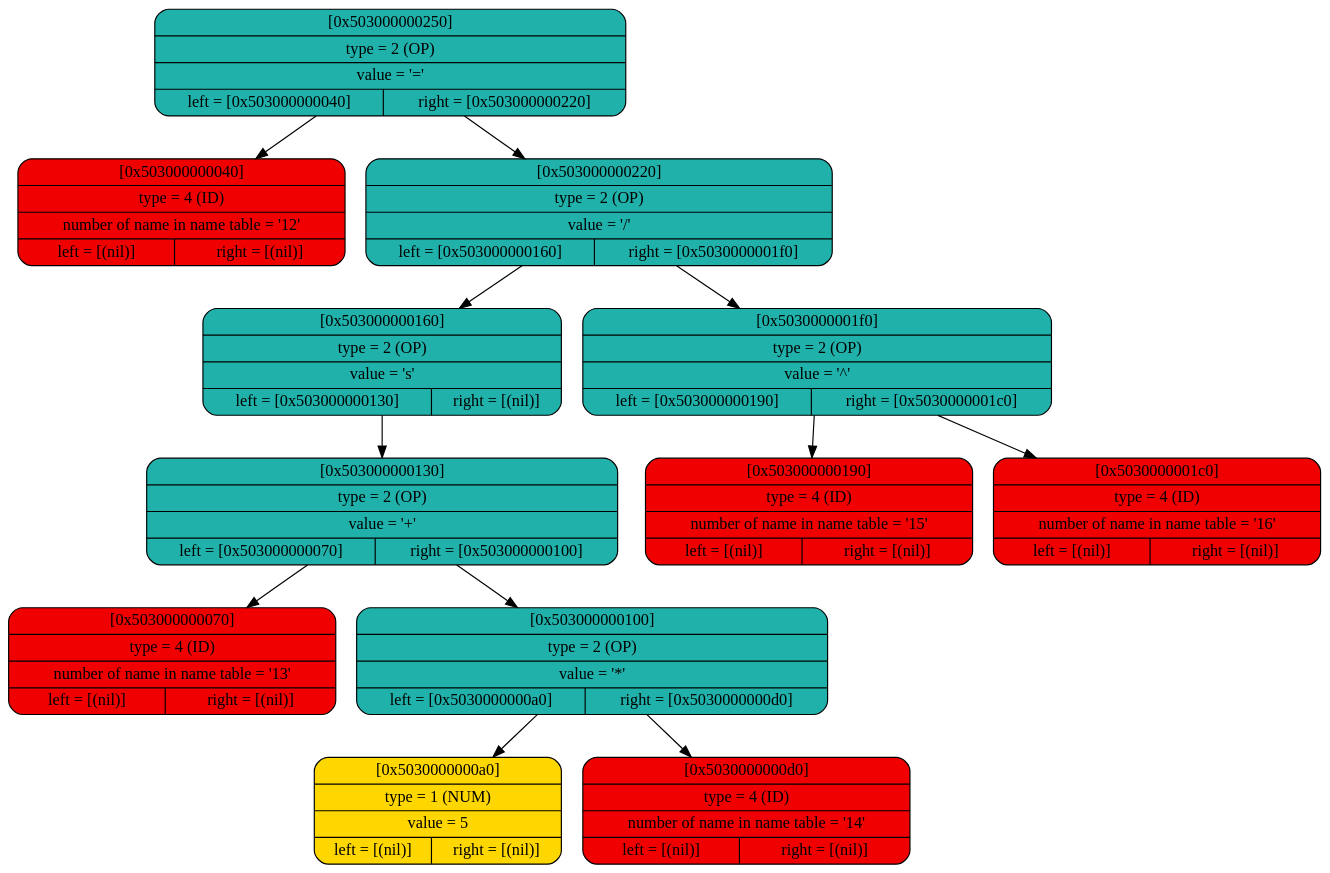
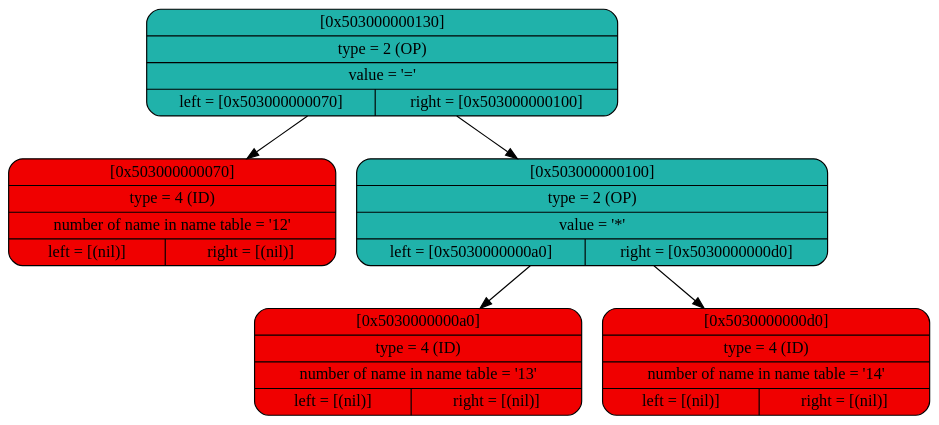
The diagram in build/graph_tree.dot (daniilgriga/MyProgrammingLanguage), drawn with Graphviz before and after one commit. The commit also changed 5 other files, not shown here.

```diff
--- a/build/graph_tree.dot
+++ b/build/graph_tree.dot
@@ -1,28 +1,14 @@
 digraph
 {
 bgcolor="transparent"
-node0x503000000250 [shape=Mrecord; label = " { [0x503000000250] | type = 2 (OP)   | value = '=' | { left = [0x503000000040] | right = [0x503000000220] } }"; style = filled; fillcolor = "#20B2AA"];
-node0x503000000250 -> node0x503000000040;
-node0x503000000250 -> node0x503000000220;
-node0x503000000040 [shape=Mrecord; label = " { [0x503000000040] | type = 4 (ID)   | number of name in name table = '12' | { left = [(nil)] | right = [(nil)] } }"; style = filled; fillcolor = "#F00000"];
-node0x503000000220 [shape=Mrecord; label = " { [0x503000000220] | type = 2 (OP)   | value = '/' | { left = [0x503000000160] | right = [0x5030000001f0] } }"; style = filled; fillcolor = "#20B2AA"];
-node0x503000000220 -> node0x503000000160;
-node0x503000000220 -> node0x5030000001f0;
-node0x503000000160 [shape=Mrecord; label = " { [0x503000000160] | type = 2 (OP)   | value = 's' | { left = [0x503000000130] | right = [(nil)] } }"; style = filled; fillcolor = "#20B2AA"];
-node0x503000000160 -> node0x503000000130;
-node0x503000000130 [shape=Mrecord; label = " { [0x503000000130] | type = 2 (OP)   | value = '+' | { left = [0x503000000070] | right = [0x503000000100] } }"; style = filled; fillcolor = "#20B2AA"];
+node0x503000000130 [shape=Mrecord; label = " { [0x503000000130] | type = 2 (OP)   | value = '=' | { left = [0x503000000070] | right = [0x503000000100] } }"; style = filled; fillcolor = "#20B2AA"];
 node0x503000000130 -> node0x503000000070;
 node0x503000000130 -> node0x503000000100;
-node0x503000000070 [shape=Mrecord; label = " { [0x503000000070] | type = 4 (ID)   | number of name in name table = '13' | { left = [(nil)] | right = [(nil)] } }"; style = filled; fillcolor = "#F00000"];
+node0x503000000070 [shape=Mrecord; label = " { [0x503000000070] | type = 4 (ID)   | number of name in name table = '12' | { left = [(nil)] | right = [(nil)] } }"; style = filled; fillcolor = "#F00000"];
 node0x503000000100 [shape=Mrecord; label = " { [0x503000000100] | type = 2 (OP)   | value = '*' | { left = [0x5030000000a0] | right = [0x5030000000d0] } }"; style = filled; fillcolor = "#20B2AA"];
 node0x503000000100 -> node0x5030000000a0;
 node0x503000000100 -> node0x5030000000d0;
-node0x5030000000a0 [shape=Mrecord; label = " { [0x5030000000a0] | type = 1 (NUM)  | value = 5   | { left = [(nil)] | right = [(nil)] } }"; style = filled; fillcolor = "#FFD700"];
+node0x5030000000a0 [shape=Mrecord; label = " { [0x5030000000a0] | type = 4 (ID)   | number of name in name table = '13' | { left = [(nil)] | right = [(nil)] } }"; style = filled; fillcolor = "#F00000"];
 node0x5030000000d0 [shape=Mrecord; label = " { [0x5030000000d0] | type = 4 (ID)   | number of name in name table = '14' | { left = [(nil)] | right = [(nil)] } }"; style = filled; fillcolor = "#F00000"];
-node0x5030000001f0 [shape=Mrecord; label = " { [0x5030000001f0] | type = 2 (OP)   | value = '^' | { left = [0x503000000190] | right = [0x5030000001c0] } }"; style = filled; fillcolor = "#20B2AA"];
-node0x5030000001f0 -> node0x503000000190;
-node0x5030000001f0 -> node0x5030000001c0;
-node0x503000000190 [shape=Mrecord; label = " { [0x503000000190] | type = 4 (ID)   | number of name in name table = '15' | { left = [(nil)] | right = [(nil)] } }"; style = filled; fillcolor = "#F00000"];
-node0x5030000001c0 [shape=Mrecord; label = " { [0x5030000001c0] | type = 4 (ID)   | number of name in name table = '16' | { left = [(nil)] | right = [(nil)] } }"; style = filled; fillcolor = "#F00000"];
 
 }
```
